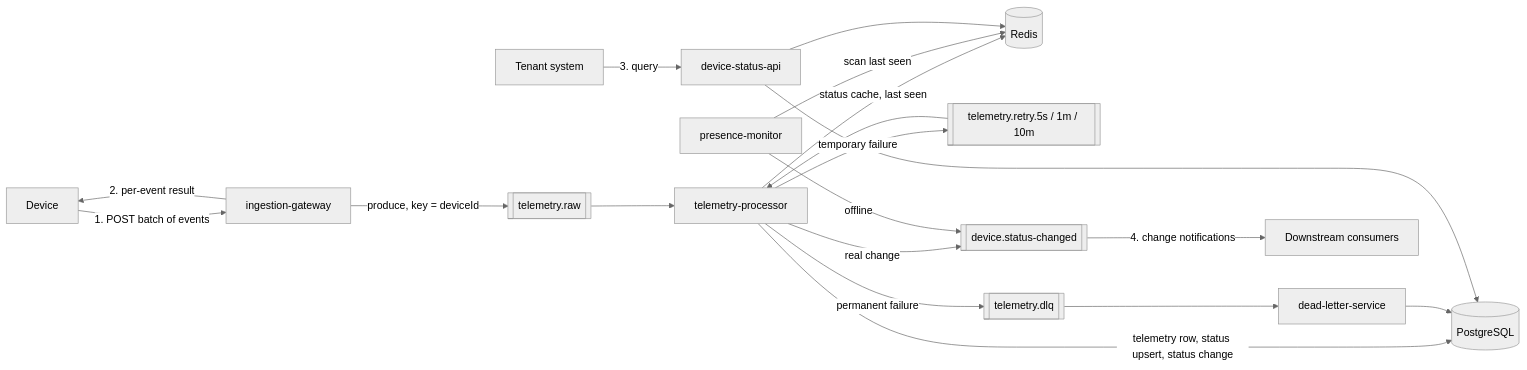
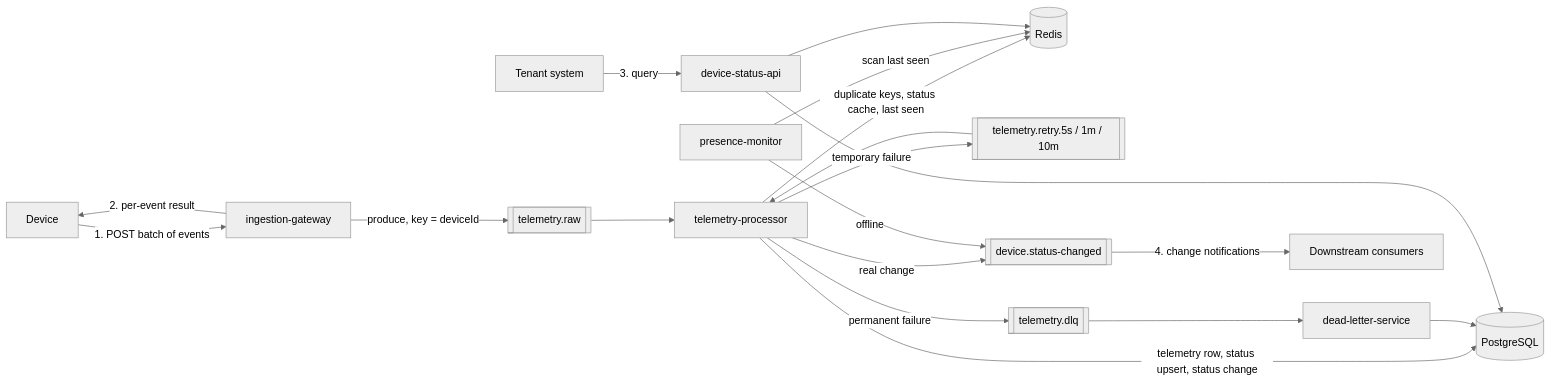
The diagram in track-1-streaming/iot-telemetry-pipeline/docs/requirements/data.md (JawadCEO/enterprise-distributed-platform), drawn with Mermaid (neutral theme) before and after one commit. The commit also changed other lines of this file and 107 other files, not shown here.

````diff
--- a/track-1-streaming/iot-telemetry-pipeline/docs/requirements/data.md
+++ b/track-1-streaming/iot-telemetry-pipeline/docs/requirements/data.md
@@ -9,20 +9,20 @@
 ```mermaid
 flowchart LR
     DEV[Device] -->|1. POST batch of events| GW[ingestion-gateway]
     GW -->|2. per-event result| DEV
     GW -->|produce, key = deviceId| RAW[[telemetry.raw]]
     RAW --> PROC[telemetry-processor]
     PROC -->|telemetry row, status upsert, status change| PG[(PostgreSQL)]
-    PROC -->|status cache, last seen| REDIS[(Redis)]
+    PROC -->|duplicate keys, status cache, last seen| REDIS[(Redis)]
     PROC -->|temporary failure| RETRY[[telemetry.retry.5s / 1m / 10m]]
     RETRY --> PROC
     PROC -->|permanent failure| DLQ[[telemetry.dlq]]
     DLQ --> DLS[dead-letter-service] --> PG
     PROC -->|real change| CHG[[device.status-changed]]
     PRES[presence-monitor] -->|scan last seen| REDIS
     PRES -->|offline| CHG
     CLIENT[Tenant system] -->|3. query| API[device-status-api]
     API --> REDIS
     API --> PG
     CHG -->|4. change notifications| CONSUMERS[Downstream consumers]
 ```
````
